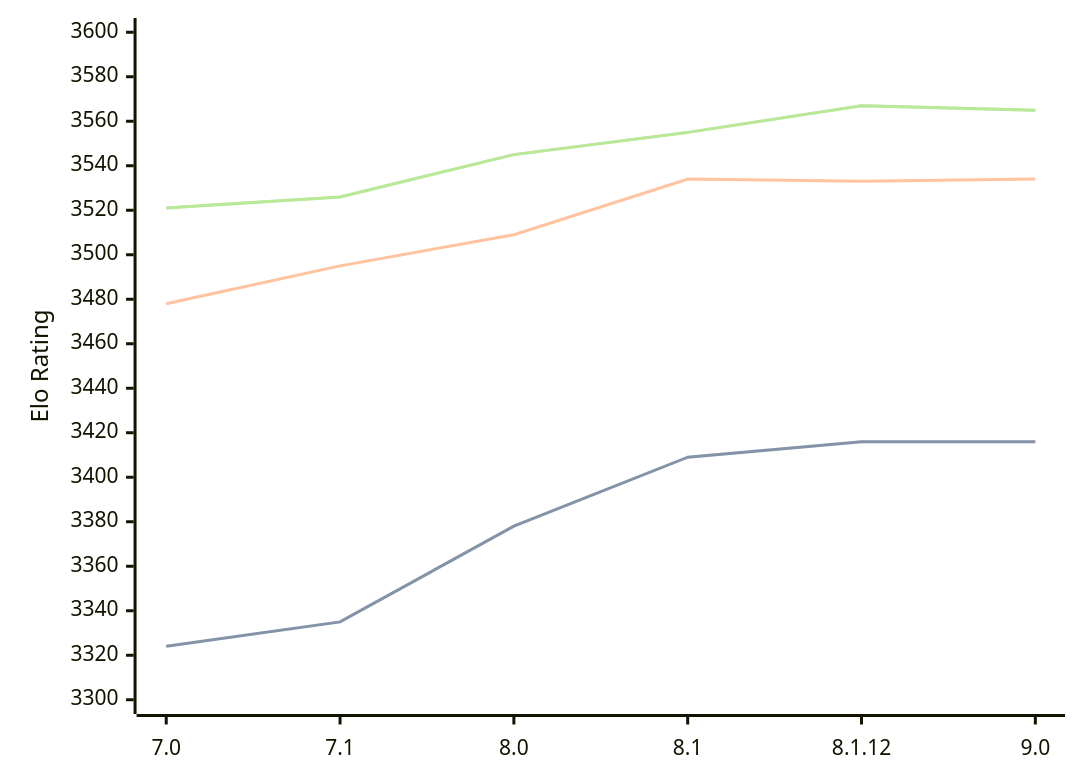
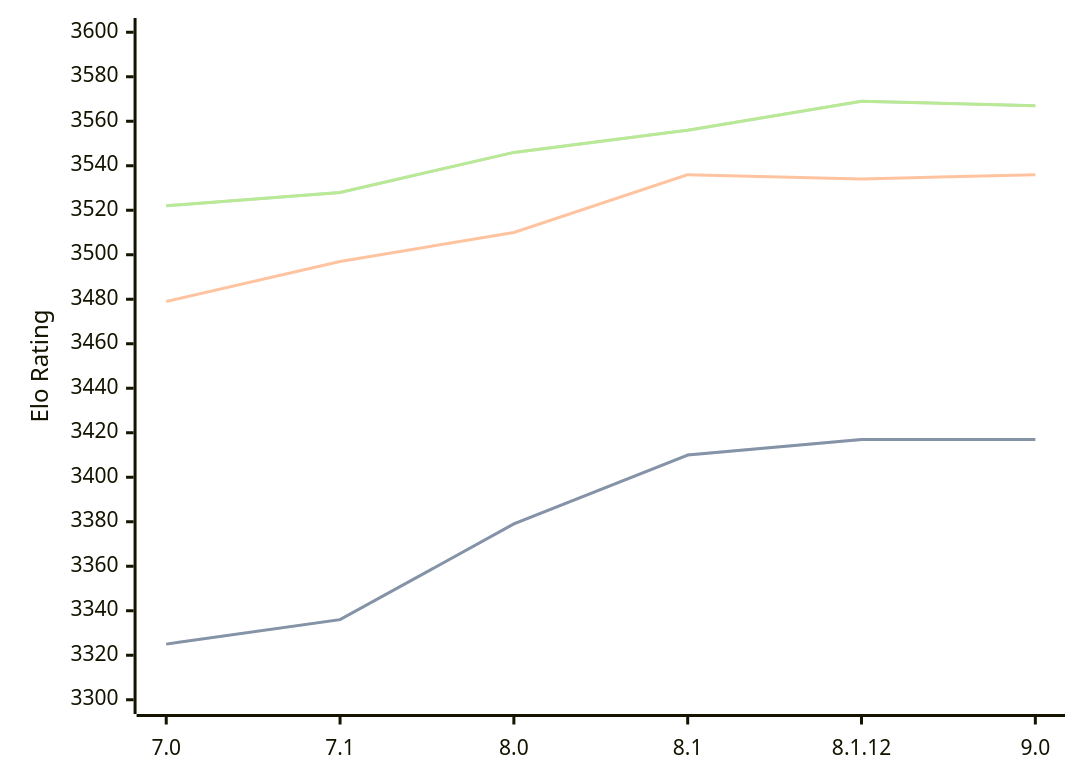
One commit to computer-chess-index/cci changed the diagram in engines/Alexandria.md. Above: the diagram before and after it, drawn with Mermaid. The commit also changed other lines of this file, not shown here.

Commit message:
Update CCI Ratings (ELO VLTC) - 2026-08-15

````diff
--- a/engines/Alexandria.md
+++ b/engines/Alexandria.md
@@ -36,11 +36,11 @@
 ```mermaid
 %%{init: {"theme":"base","themeVariables":{"seriesColors:['#a3a3a3','#222221','#faa371']}}}%%
 xychart-beta
   x-axis ["7.0", "7.1", "8.0", "8.1", "8.1.12", "9.0"]
   y-axis "Elo Rating" 3300 --> 3600
-  line "STC (8.0+0.08s)" [3324, 3335, 3378, 3409, 3416, 3416]
-  line "STC (8.0+0.08s)" [3324, 3335, 3378, 3409, 3416, 3416]
-  line "LTC (60.0+0.60s)" [3478, 3495, 3509, 3534, 3533, 3534]
-  line "VLTC (2m24s+1.12s)" [3521, 3526, 3545, 3555, 3567, 3565]
-  line "VLTC (2m24s+1.12s)" [3521, 3526, 3545, 3555, 3567, 3565]
+  line "STC (8.0+0.08s)" [3325, 3336, 3379, 3410, 3417, 3417]
+  line "STC (8.0+0.08s)" [3325, 3336, 3379, 3410, 3417, 3417]
+  line "LTC (60.0+0.60s)" [3479, 3497, 3510, 3536, 3534, 3536]
+  line "VLTC (2m24s+1.12s)" [3522, 3528, 3546, 3556, 3569, 3567]
+  line "VLTC (2m24s+1.12s)" [3522, 3528, 3546, 3556, 3569, 3567]
 ```
````
